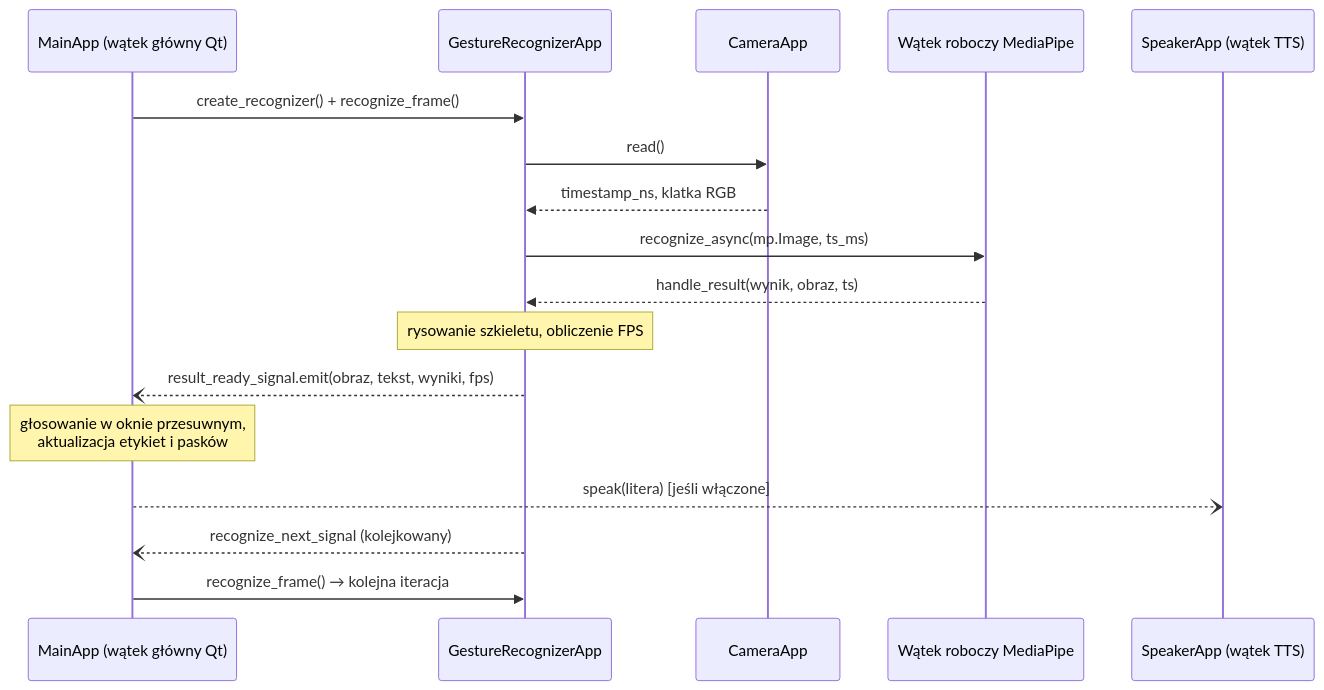
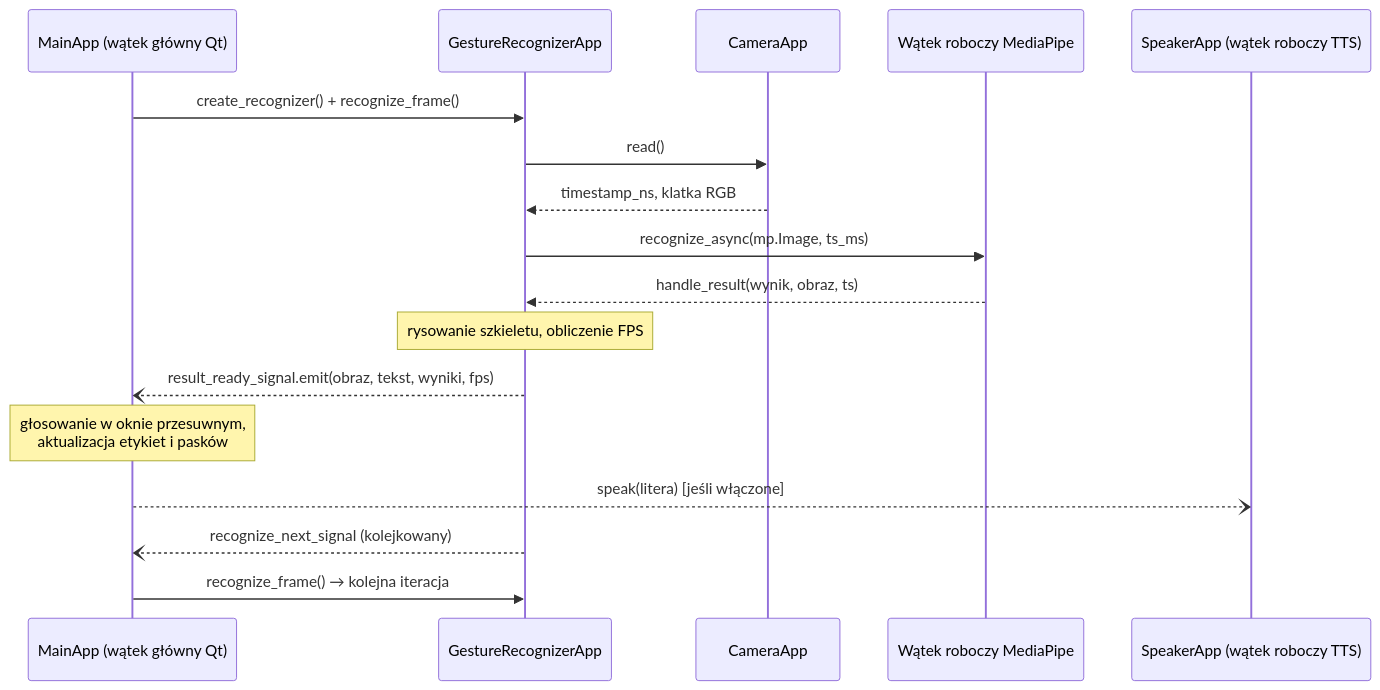
Before and after one commit to DXtR1337/AI_sign_language_translator: the second of 2 diagrams in docs/TECHNICAL_DOCUMENTATION.pl.md, drawn with Mermaid. The commit also changed other lines of this file and 3 other files, not shown here.

````diff
--- a/docs/TECHNICAL_DOCUMENTATION.pl.md
+++ b/docs/TECHNICAL_DOCUMENTATION.pl.md
@@ -83,20 +83,20 @@
 ```mermaid
 sequenceDiagram
     participant M as MainApp (wątek główny Qt)
     participant R as GestureRecognizerApp
     participant C as CameraApp
     participant MP as Wątek roboczy MediaPipe
-    participant T as SpeakerApp (wątek TTS)
+    participant T as SpeakerApp (wątek roboczy TTS)
 
     M->>R: create_recognizer() + recognize_frame()
     R->>C: read()
     C-->>R: timestamp_ns, klatka RGB
     R->>MP: recognize_async(mp.Image, ts_ms)
     MP-->>R: handle_result(wynik, obraz, ts)
     Note over R: rysowanie szkieletu, obliczenie FPS
     R--)M: result_ready_signal.emit(obraz, tekst, wyniki, fps)
     Note over M: głosowanie w oknie przesuwnym,<br/>aktualizacja etykiet i pasków
     M--)T: speak(litera)  [jeśli włączone]
     R--)M: recognize_next_signal (kolejkowany)
     M->>R: recognize_frame()  → kolejna iteracja
 ```
````
